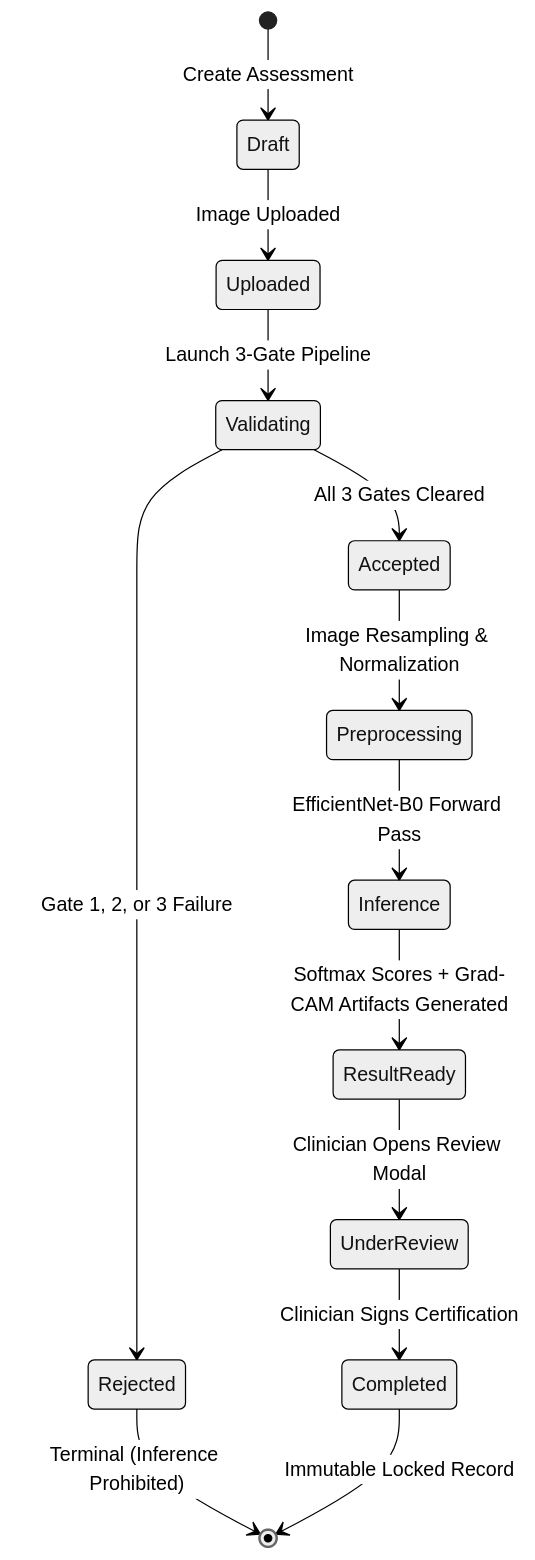
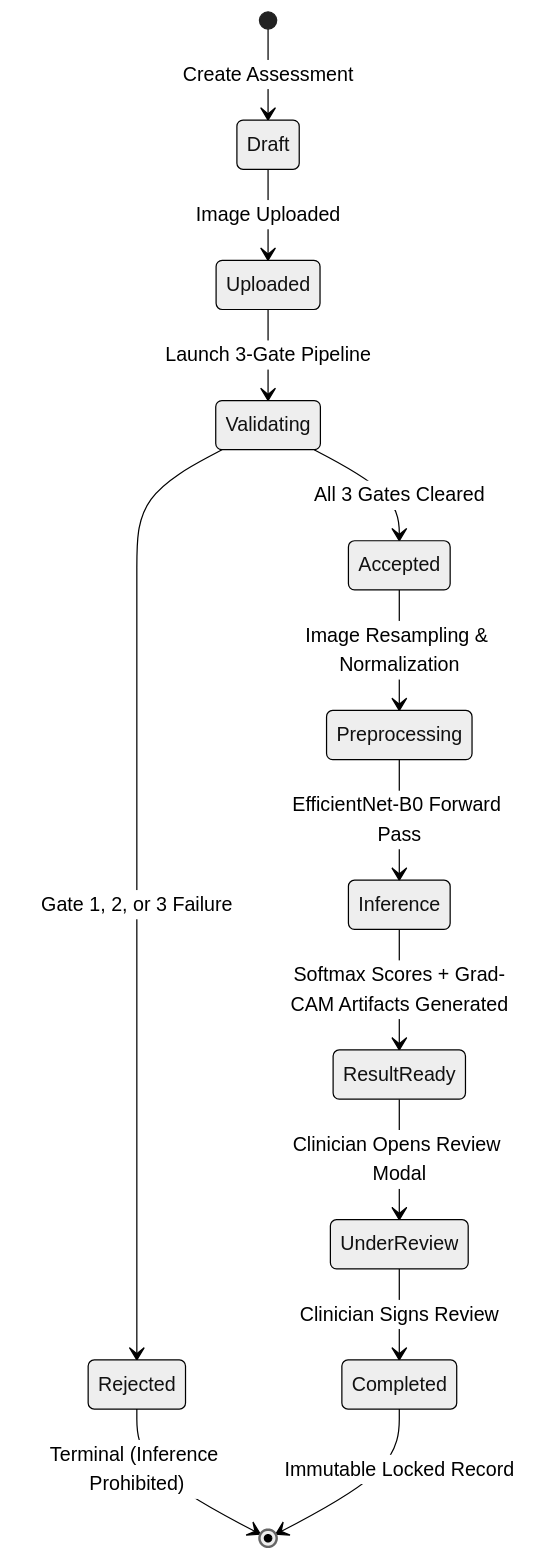
One commit to CloudTechy/diabetic-retinopathy-cdss changed the second of 2 diagrams in docs/chapter4_submission_package/documentation/architecture.md. Above: the diagram before and after it, drawn with Mermaid (neutral theme). The commit also changed other lines of this file and 92 other files, not shown here.

````diff
--- a/docs/chapter4_submission_package/documentation/architecture.md
+++ b/docs/chapter4_submission_package/documentation/architecture.md
@@ -120,19 +120,19 @@
 ```mermaid
 stateDiagram-v2
     [*] --> Draft : Create Assessment
     Draft --> Uploaded : Image Uploaded
     Uploaded --> Validating : Launch 3-Gate Pipeline
     
     Validating --> Rejected : Gate 1, 2, or 3 Failure
     Validating --> Accepted : All 3 Gates Cleared
     
     Accepted --> Preprocessing : Image Resampling & Normalization
     Preprocessing --> Inference : EfficientNet-B0 Forward Pass
     Inference --> ResultReady : Softmax Scores + Grad-CAM Artifacts Generated
     
     ResultReady --> UnderReview : Clinician Opens Review Modal
-    UnderReview --> Completed : Clinician Signs Certification
+    UnderReview --> Completed : Clinician Signs Review
     
     Rejected --> [*] : Terminal (Inference Prohibited)
     Completed --> [*] : Immutable Locked Record
 ```
````
